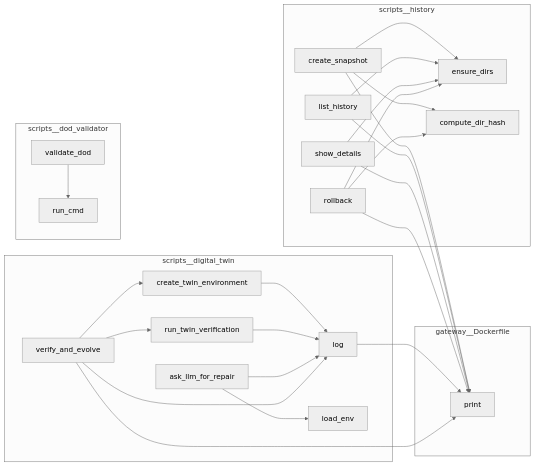
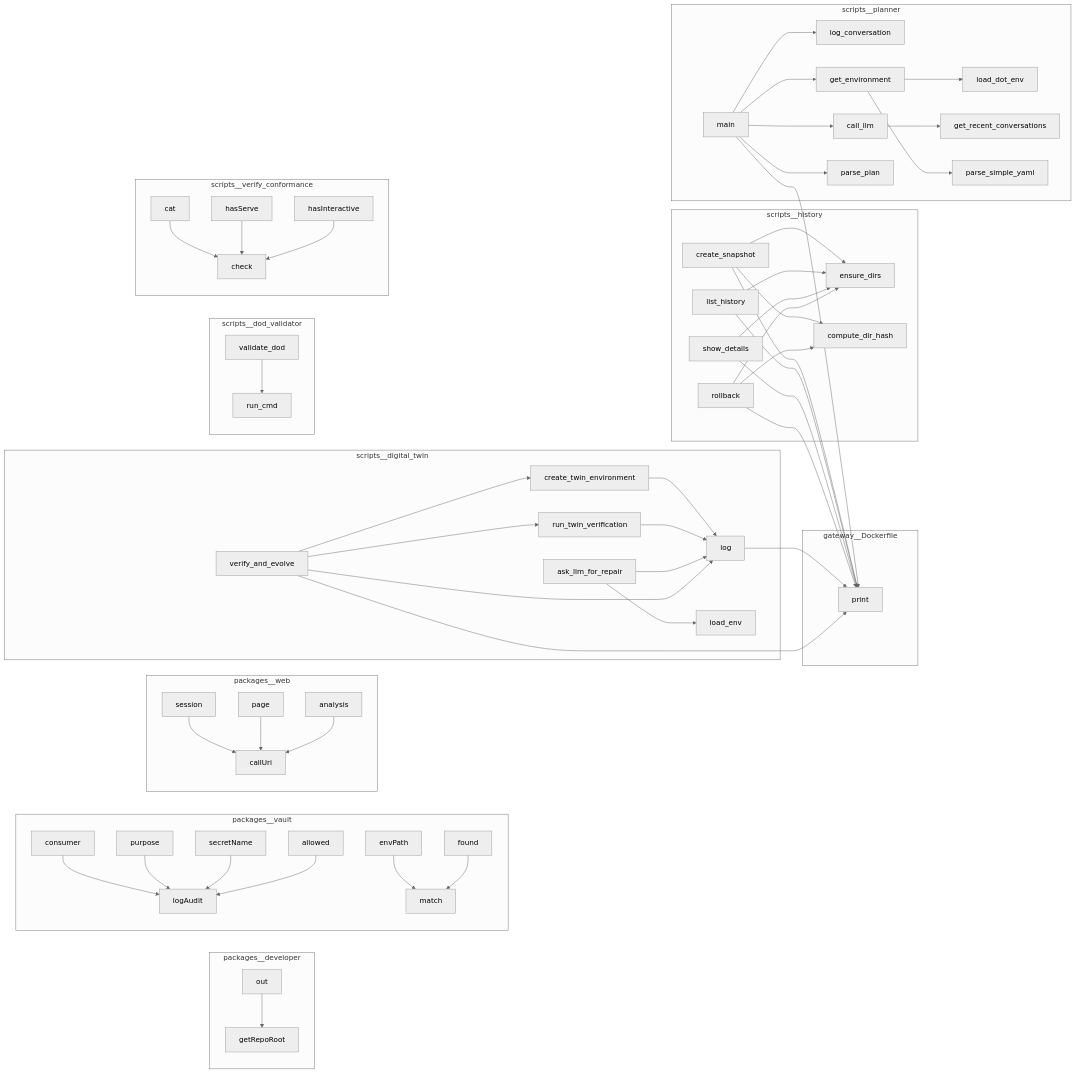
Before and after one commit to paxlet-com/taskand: the diagram in project/calls.mmd, drawn with Mermaid (neutral theme). The commit also changed 76 other files, not shown here.

Commit message:
feat: implement Standard taskand v1.6 multi-device, digital twin and noVNC specification

```diff
--- a/project/calls.mmd
+++ b/project/calls.mmd
@@ -1,45 +1,102 @@
 flowchart LR
-%% generated in 0.00s
+%% generated in 0.02s
     subgraph gateway__Dockerfile
         gateway__Dockerfile__print["print"]
     end
+    subgraph packages__developer
+        packages__developer__proc__dev__chat__taskand__dev__v1__bin__out["out"]
+        packages__developer__proc__dev__chat__taskand__dev__v1__bin__getRepoRoot["getRepoRoot"]
+    end
+    subgraph packages__vault
+        packages__vault__proc__vault__secrets__taskand__dev__v1__bin__logAudit["logAudit"]
+        packages__vault__proc__vault__secrets__taskand__dev__v1__bin__envPath["envPath"]
+        packages__vault__proc__vault__secrets__taskand__dev__v1__bin__found["found"]
+        packages__vault__proc__vault__secrets__taskand__dev__v1__bin__secretName["secretName"]
+        packages__vault__proc__vault__secrets__taskand__dev__v1__bin__consumer["consumer"]
+        packages__vault__proc__vault__secrets__taskand__dev__v1__bin__allowed["allowed"]
+        packages__vault__proc__vault__secrets__taskand__dev__v1__bin__match["match"]
+        packages__vault__proc__vault__secrets__taskand__dev__v1__bin__purpose["purpose"]
+    end
+    subgraph packages__web
+        packages__web__proc__flow__login__taskand__dev__v1__bin__page["page"]
+        packages__web__proc__flow__login__taskand__dev__v1__bin__session["session"]
+        packages__web__proc__flow__login__taskand__dev__v1__bin__analysis["analysis"]
+        packages__web__proc__flow__login__taskand__dev__v1__bin__callUri["callUri"]
+    end
     subgraph scripts__digital_twin
+        scripts__digital_twin__ask_llm_for_repair["ask_llm_for_repair"]
+        scripts__digital_twin__run_twin_verification["run_twin_verification"]
         scripts__digital_twin__log["log"]
-        scripts__digital_twin__run_twin_verification["run_twin_verification"]
+        scripts__digital_twin__load_env["load_env"]
         scripts__digital_twin__create_twin_environment["create_twin_environment"]
-        scripts__digital_twin__ask_llm_for_repair["ask_llm_for_repair"]
-        scripts__digital_twin__load_env["load_env"]
         scripts__digital_twin__verify_and_evolve["verify_and_evolve"]
     end
     subgraph scripts__dod_validator
+        scripts__dod_validator__run_cmd["run_cmd"]
         scripts__dod_validator__validate_dod["validate_dod"]
-        scripts__dod_validator__run_cmd["run_cmd"]
     end
     subgraph scripts__history
         scripts__history__ensure_dirs["ensure_dirs"]
+        scripts__history__create_snapshot["create_snapshot"]
+        scripts__history__list_history["list_history"]
         scripts__history__show_details["show_details"]
-        scripts__history__list_history["list_history"]
-        scripts__history__create_snapshot["create_snapshot"]
         scripts__history__rollback["rollback"]
         scripts__history__compute_dir_hash["compute_dir_hash"]
     end
+    subgraph scripts__planner
+        scripts__planner__load_dot_env["load_dot_env"]
+        scripts__planner__get_recent_conversations["get_recent_conversations"]
+        scripts__planner__parse_simple_yaml["parse_simple_yaml"]
+        scripts__planner__log_conversation["log_conversation"]
+        scripts__planner__get_environment["get_environment"]
+        scripts__planner__call_llm["call_llm"]
+        scripts__planner__parse_plan["parse_plan"]
+        scripts__planner__main["main"]
+    end
+    subgraph scripts__verify_conformance
+        scripts__verify_conformance__check["check"]
+        scripts__verify_conformance__cat["cat"]
+        scripts__verify_conformance__hasServe["hasServe"]
+        scripts__verify_conformance__hasInteractive["hasInteractive"]
+    end
+    packages__vault__proc__vault__secrets__taskand__dev__v1__bin__envPath --> packages__vault__proc__vault__secrets__taskand__dev__v1__bin__match
+    packages__vault__proc__vault__secrets__taskand__dev__v1__bin__found --> packages__vault__proc__vault__secrets__taskand__dev__v1__bin__match
+    packages__vault__proc__vault__secrets__taskand__dev__v1__bin__consumer --> packages__vault__proc__vault__secrets__taskand__dev__v1__bin__logAudit
+    packages__vault__proc__vault__secrets__taskand__dev__v1__bin__purpose --> packages__vault__proc__vault__secrets__taskand__dev__v1__bin__logAudit
+    packages__vault__proc__vault__secrets__taskand__dev__v1__bin__secretName --> packages__vault__proc__vault__secrets__taskand__dev__v1__bin__logAudit
+    packages__vault__proc__vault__secrets__taskand__dev__v1__bin__allowed --> packages__vault__proc__vault__secrets__taskand__dev__v1__bin__logAudit
+    packages__developer__proc__dev__chat__taskand__dev__v1__bin__out --> packages__developer__proc__dev__chat__taskand__dev__v1__bin__getRepoRoot
+    packages__web__proc__flow__login__taskand__dev__v1__bin__session --> packages__web__proc__flow__login__taskand__dev__v1__bin__callUri
+    packages__web__proc__flow__login__taskand__dev__v1__bin__page --> packages__web__proc__flow__login__taskand__dev__v1__bin__callUri
+    packages__web__proc__flow__login__taskand__dev__v1__bin__analysis --> packages__web__proc__flow__login__taskand__dev__v1__bin__callUri
     scripts__dod_validator__validate_dod --> scripts__dod_validator__run_cmd
-    scripts__digital_twin__log --> gateway__Dockerfile__print
-    scripts__digital_twin__create_twin_environment --> scripts__digital_twin__log
-    scripts__digital_twin__run_twin_verification --> scripts__digital_twin__log
-    scripts__digital_twin__ask_llm_for_repair --> scripts__digital_twin__load_env
-    scripts__digital_twin__ask_llm_for_repair --> scripts__digital_twin__log
-    scripts__digital_twin__verify_and_evolve --> gateway__Dockerfile__print
-    scripts__digital_twin__verify_and_evolve --> scripts__digital_twin__log
-    scripts__digital_twin__verify_and_evolve --> scripts__digital_twin__create_twin_environment
-    scripts__digital_twin__verify_and_evolve --> scripts__digital_twin__run_twin_verification
+    scripts__planner__get_environment --> scripts__planner__load_dot_env
+    scripts__planner__get_environment --> scripts__planner__parse_simple_yaml
+    scripts__planner__call_llm --> scripts__planner__get_recent_conversations
+    scripts__planner__main --> scripts__planner__get_environment
+    scripts__planner__main --> scripts__planner__call_llm
+    scripts__planner__main --> scripts__planner__parse_plan
+    scripts__planner__main --> scripts__planner__log_conversation
+    scripts__planner__main --> gateway__Dockerfile__print
     scripts__history__create_snapshot --> scripts__history__ensure_dirs
     scripts__history__create_snapshot --> scripts__history__compute_dir_hash
     scripts__history__create_snapshot --> gateway__Dockerfile__print
     scripts__history__list_history --> scripts__history__ensure_dirs
     scripts__history__list_history --> gateway__Dockerfile__print
     scripts__history__show_details --> scripts__history__ensure_dirs
     scripts__history__show_details --> gateway__Dockerfile__print
     scripts__history__rollback --> scripts__history__ensure_dirs
     scripts__history__rollback --> gateway__Dockerfile__print
     scripts__history__rollback --> scripts__history__compute_dir_hash
+    scripts__digital_twin__log --> gateway__Dockerfile__print
+    scripts__digital_twin__create_twin_environment --> scripts__digital_twin__log
+    scripts__digital_twin__run_twin_verification --> scripts__digital_twin__log
+    scripts__digital_twin__ask_llm_for_repair --> scripts__digital_twin__load_env
+    scripts__digital_twin__ask_llm_for_repair --> scripts__digital_twin__log
+    scripts__digital_twin__verify_and_evolve --> gateway__Dockerfile__print
+    scripts__digital_twin__verify_and_evolve --> scripts__digital_twin__log
+    scripts__digital_twin__verify_and_evolve --> scripts__digital_twin__create_twin_environment
+    scripts__digital_twin__verify_and_evolve --> scripts__digital_twin__run_twin_verification
+    scripts__verify_conformance__cat --> scripts__verify_conformance__check
+    scripts__verify_conformance__hasServe --> scripts__verify_conformance__check
+    scripts__verify_conformance__hasInteractive --> scripts__verify_conformance__check
```
